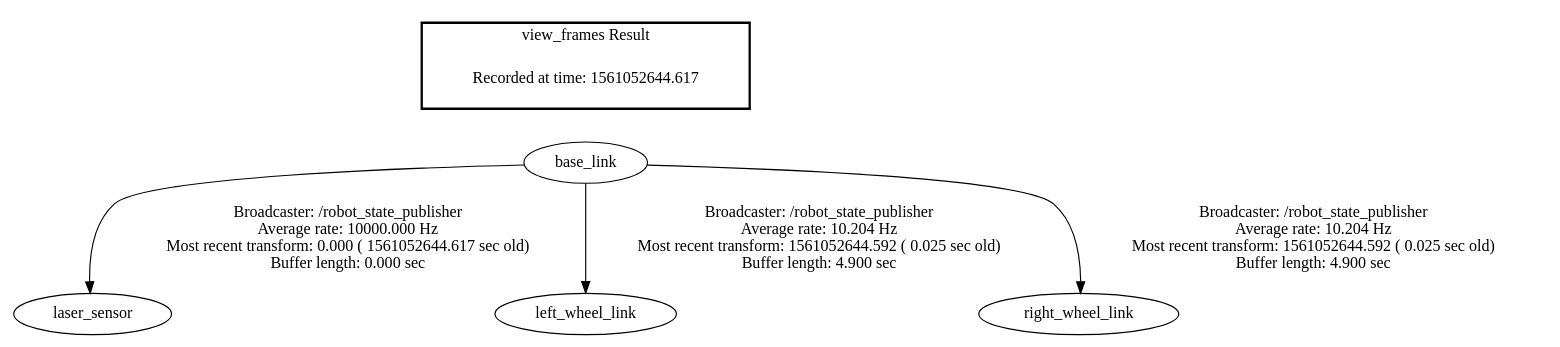
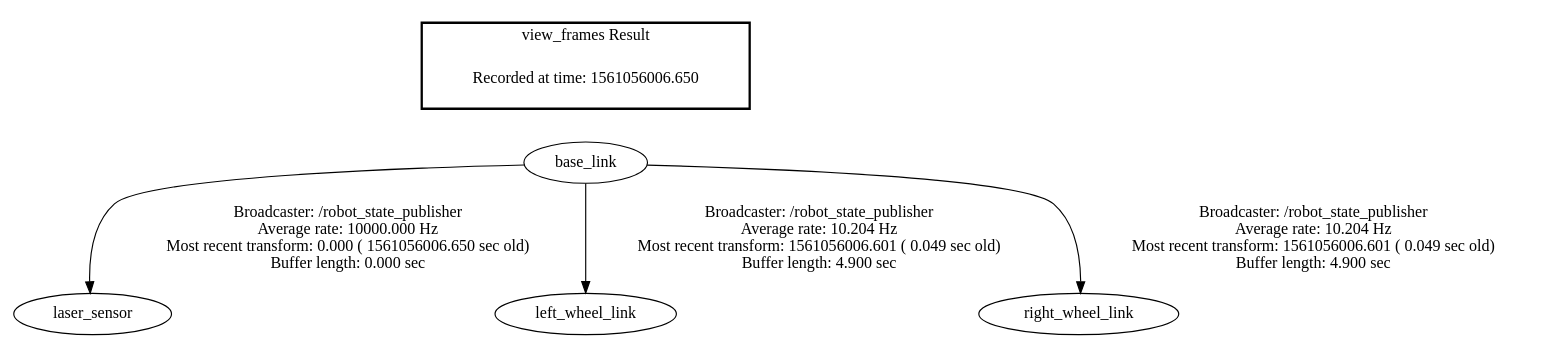
Before and after one commit to fayyazpocker/pocker_bot_vrep_description: the diagram in tf/frames.gv, drawn with Graphviz. The commit also changed 2 other files, not shown here.

```diff
--- a/tf/frames.gv
+++ b/tf/frames.gv
@@ -1,9 +1,9 @@
 digraph G {
-"base_link" -> "laser_sensor"[label="Broadcaster: /robot_state_publisher\nAverage rate: 10000.000 Hz\nMost recent transform: 0.000 ( 1561052644.617 sec old)\nBuffer length: 0.000 sec\n"];
-"base_link" -> "left_wheel_link"[label="Broadcaster: /robot_state_publisher\nAverage rate: 10.204 Hz\nMost recent transform: 1561052644.592 ( 0.025 sec old)\nBuffer length: 4.900 sec\n"];
-"base_link" -> "right_wheel_link"[label="Broadcaster: /robot_state_publisher\nAverage rate: 10.204 Hz\nMost recent transform: 1561052644.592 ( 0.025 sec old)\nBuffer length: 4.900 sec\n"];
+"base_link" -> "laser_sensor"[label="Broadcaster: /robot_state_publisher\nAverage rate: 10000.000 Hz\nMost recent transform: 0.000 ( 1561056006.650 sec old)\nBuffer length: 0.000 sec\n"];
+"base_link" -> "left_wheel_link"[label="Broadcaster: /robot_state_publisher\nAverage rate: 10.204 Hz\nMost recent transform: 1561056006.601 ( 0.049 sec old)\nBuffer length: 4.900 sec\n"];
+"base_link" -> "right_wheel_link"[label="Broadcaster: /robot_state_publisher\nAverage rate: 10.204 Hz\nMost recent transform: 1561056006.601 ( 0.049 sec old)\nBuffer length: 4.900 sec\n"];
 edge [style=invis];
  subgraph cluster_legend { style=bold; color=black; label ="view_frames Result";
-"Recorded at time: 1561052644.617"[ shape=plaintext ] ;
+"Recorded at time: 1561056006.650"[ shape=plaintext ] ;
  }->"base_link";
 }
```
